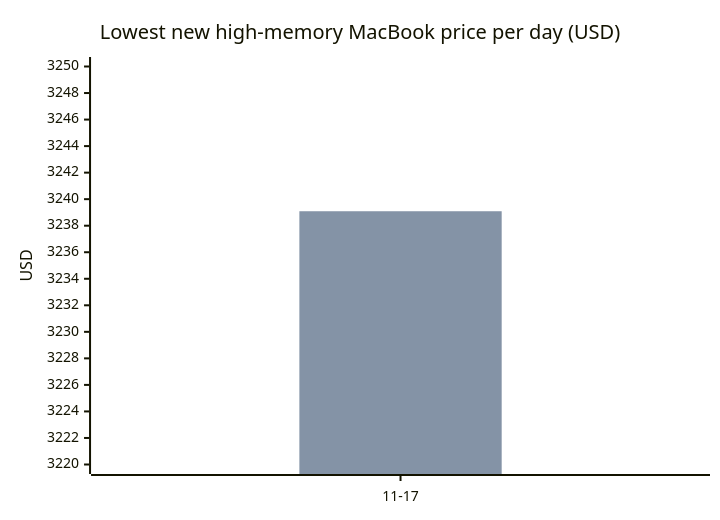
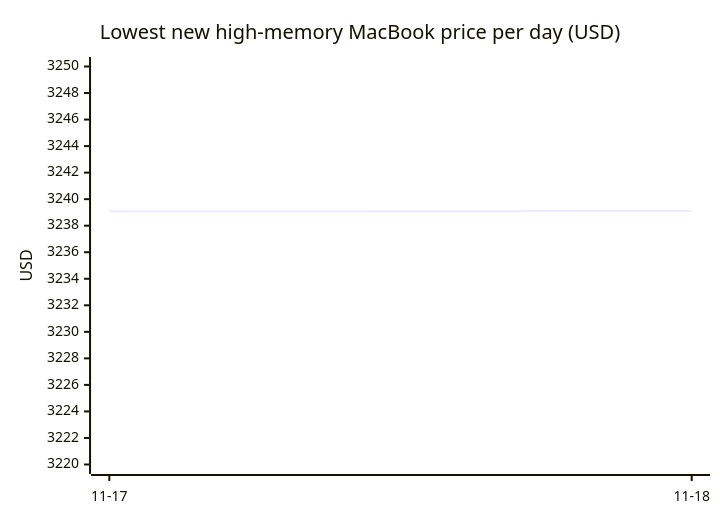
Before and after one commit to 7324136828/4tb_ssd_price_watch: diagram 17 of 18 in README.md, drawn with Mermaid. The commit also changed other lines of this file, not shown here.

````diff
--- a/README.md
+++ b/README.md
@@ -843,8 +934,7 @@
 ```mermaid
 xychart-beta
     title "Lowest new high-memory MacBook price per day (USD)"
-    x-axis ["11-17"]
+    x-axis ["11-17", "11-18"]
     y-axis "USD" 3220 --> 3250
-    line [3239.09]
-    bar [3239.09]
+    line [3239.09, 3239.10]
 ```
````
